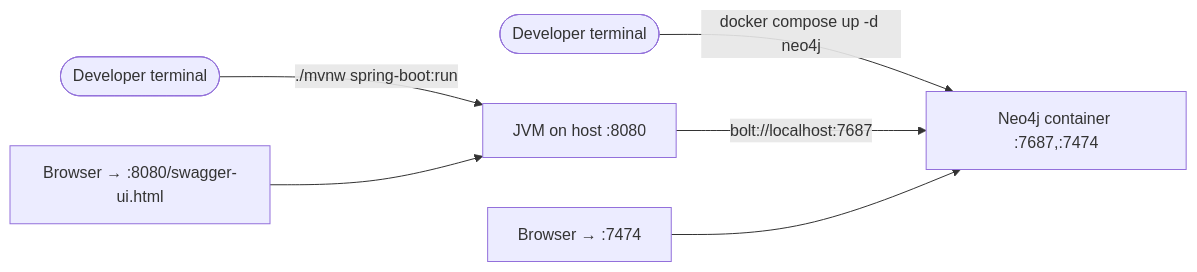
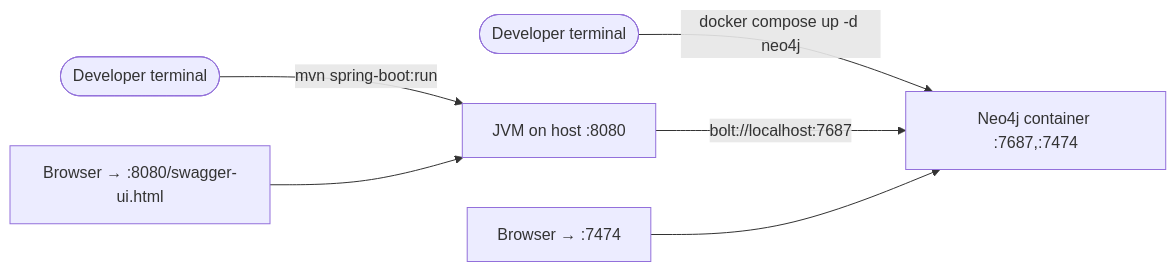
Before and after one commit to brandonkindred/Deepthought: the tenth of 15 diagrams in docs/ARCHITECTURE.md, drawn with Mermaid. The commit also changed 2 other files, not shown here.

First paragraph of the commit message:
docs: third round of review accuracy fixes
Addresses five unresolved P3 comments on PR #41:

````diff
--- a/docs/ARCHITECTURE.md
+++ b/docs/ARCHITECTURE.md
@@ -481,8 +481,8 @@
 ```mermaid
 flowchart LR
-    dev(["Developer terminal"]) -- "./mvnw spring-boot:run" --> app["JVM on host :8080"]
+    dev(["Developer terminal"]) -- "mvn spring-boot:run" --> app["JVM on host :8080"]
     dev2(["Developer terminal"]) -- "docker compose up -d neo4j" --> n["Neo4j container :7687,:7474"]
     app -- "bolt://localhost:7687" --> n
     swagger["Browser → :8080/swagger-ui.html"] --> app
     browser["Browser → :7474"] --> n
 ```
````
